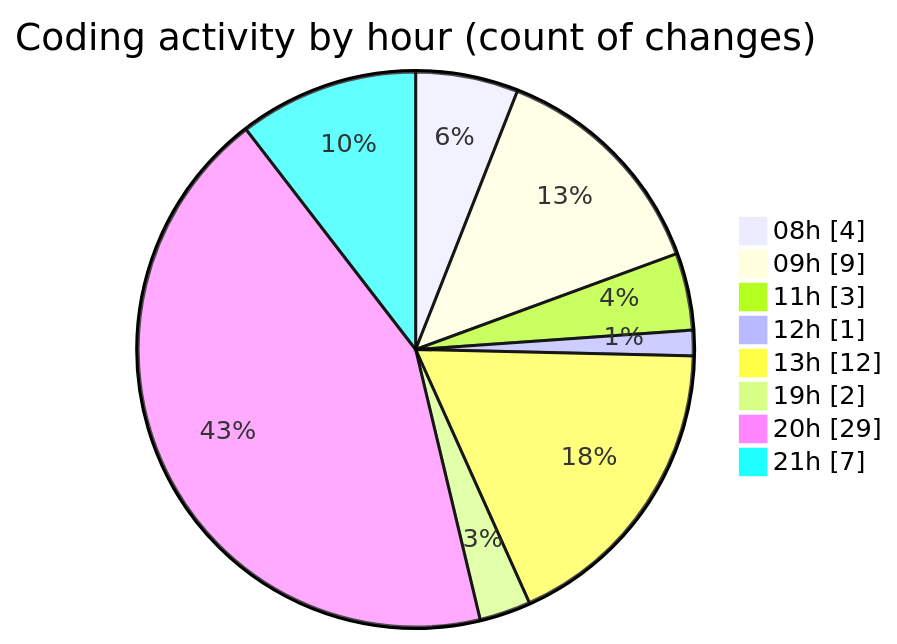
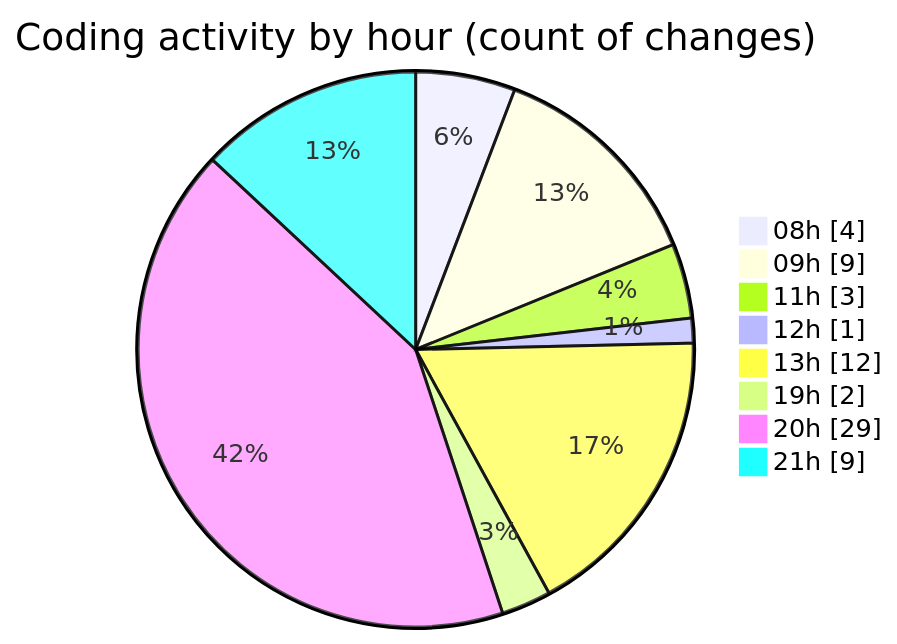
One commit to momahboobian/code-tracking changed the second of 2 diagrams in 2025-05-07/samplepdf/README.md. Above: the diagram before and after it, drawn with Mermaid. The commit also changed other lines of this file and 1 other file, not shown here.

````diff
--- a/2025-05-07/samplepdf/README.md
+++ b/2025-05-07/samplepdf/README.md
@@ -38,12 +38,12 @@
 ```mermaid
 pie showData
 title Coding activity by hour (count of changes)
 "08h" : 4
 "09h" : 9
 "11h" : 3
 "12h" : 1
 "13h" : 12
 "19h" : 2
 "20h" : 29
-"21h" : 7
+"21h" : 9
 ```
````
